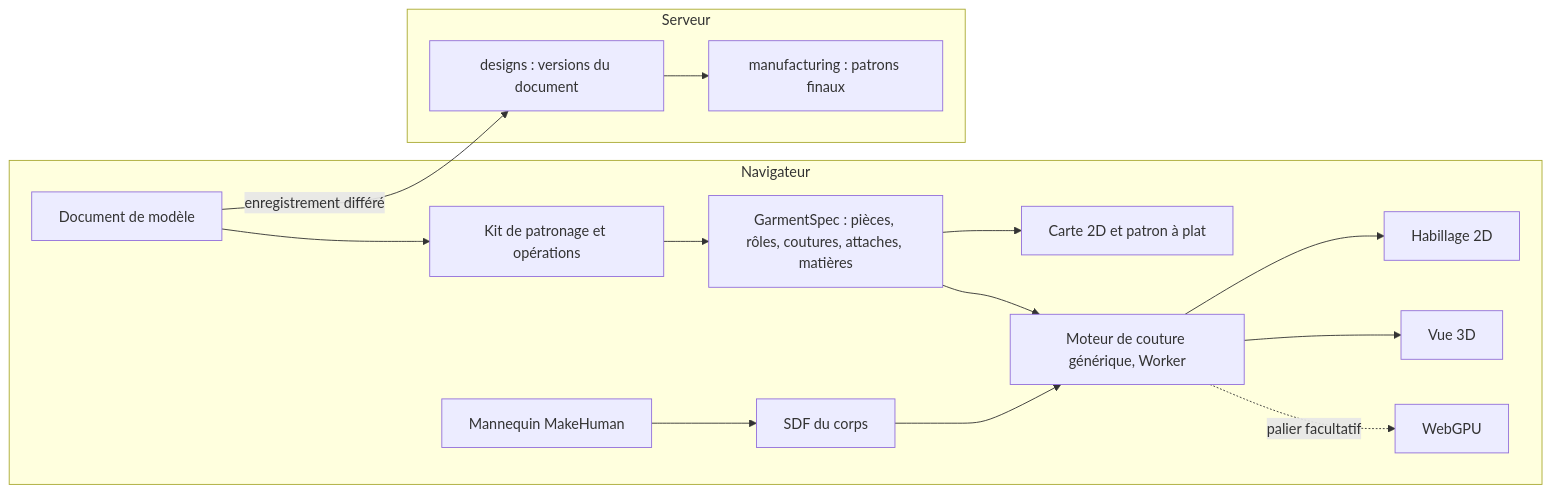
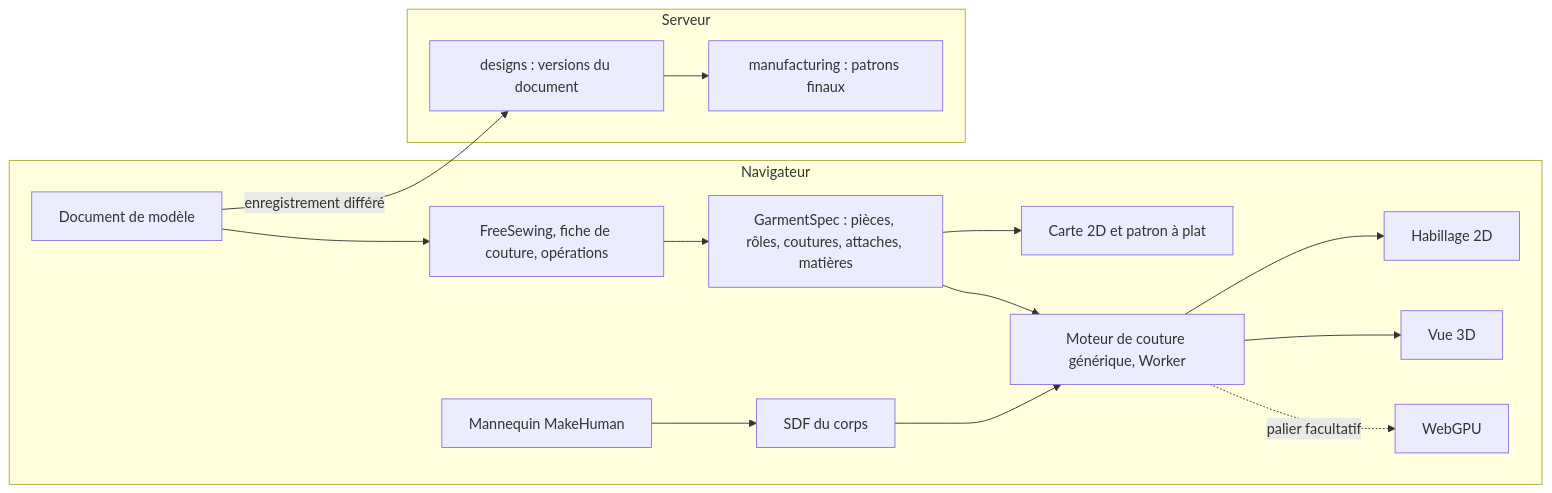
The diagram in docs/suivi/proposition-temps-reel.md (THackSRT/model-design), drawn with Mermaid before and after one commit. The commit also changed other lines of this file, not shown here.

First line of the commit message:
docs(suivi): proposition v3, FreeSewing comme moteur de tracé 2D

````diff
--- a/docs/suivi/proposition-temps-reel.md
+++ b/docs/suivi/proposition-temps-reel.md
@@ -111,18 +117,18 @@
 ```mermaid
 flowchart LR
   subgraph NAV["Navigateur"]
-    DOC["Document de modèle"] --> KIT["Kit de patronage et opérations"]
+    DOC["Document de modèle"] --> KIT["FreeSewing, fiche de couture, opérations"]
     KIT --> SPEC["GarmentSpec : pièces, rôles, coutures, attaches, matières"]
     SPEC --> P2D["Carte 2D et patron à plat"]
     SPEC --> SEW["Moteur de couture générique, Worker"]
     MAN["Mannequin MakeHuman"] --> SDF["SDF du corps"]
     SDF --> SEW
     SEW --> D2D["Habillage 2D"]
     SEW --> R3D["Vue 3D"]
     SEW -.->|palier facultatif| GPU["WebGPU"]
   end
   subgraph SRV["Serveur"]
     DES["designs : versions du document"] --> FAB["manufacturing : patrons finaux"]
   end
   DOC -->|enregistrement différé| DES
 ```
````
